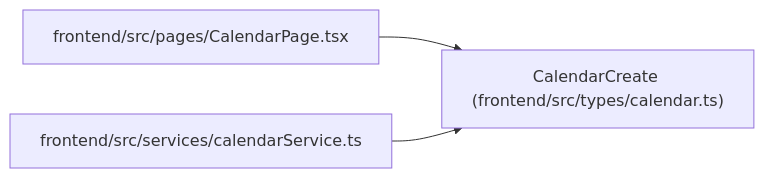
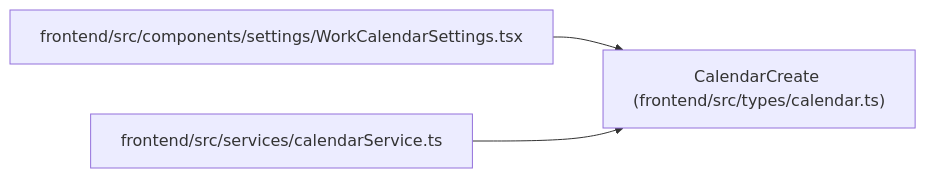
One commit to Denissvgn/WorkChord changed the diagram in docs/llm_wiki/entities/types_calendar_CalendarCreate.md. Above: the diagram before and after it, drawn with Mermaid. The commit also changed other lines of this file and 2373 other files, not shown here.

````diff
--- a/docs/llm_wiki/entities/types_calendar_CalendarCreate.md
+++ b/docs/llm_wiki/entities/types_calendar_CalendarCreate.md
@@ -29,11 +29,11 @@
 ```mermaid
 flowchart LR
     n0["CalendarCreate (frontend/src/types/calendar.ts)"]
-    n1["frontend/src/pages/CalendarPage.tsx"]
+    n1["frontend/src/components/settings/WorkCalendarSettings.tsx"]
     n2["frontend/src/services/calendarService.ts"]
     n1 --> n0
     n2 --> n0
     click n0 "../modules/types_calendar.md"
-    click n1 "../modules/CalendarPage.md"
+    click n1 "../modules/WorkCalendarSettings.md"
     click n2 "../modules/calendarService.md"
 ```
````
